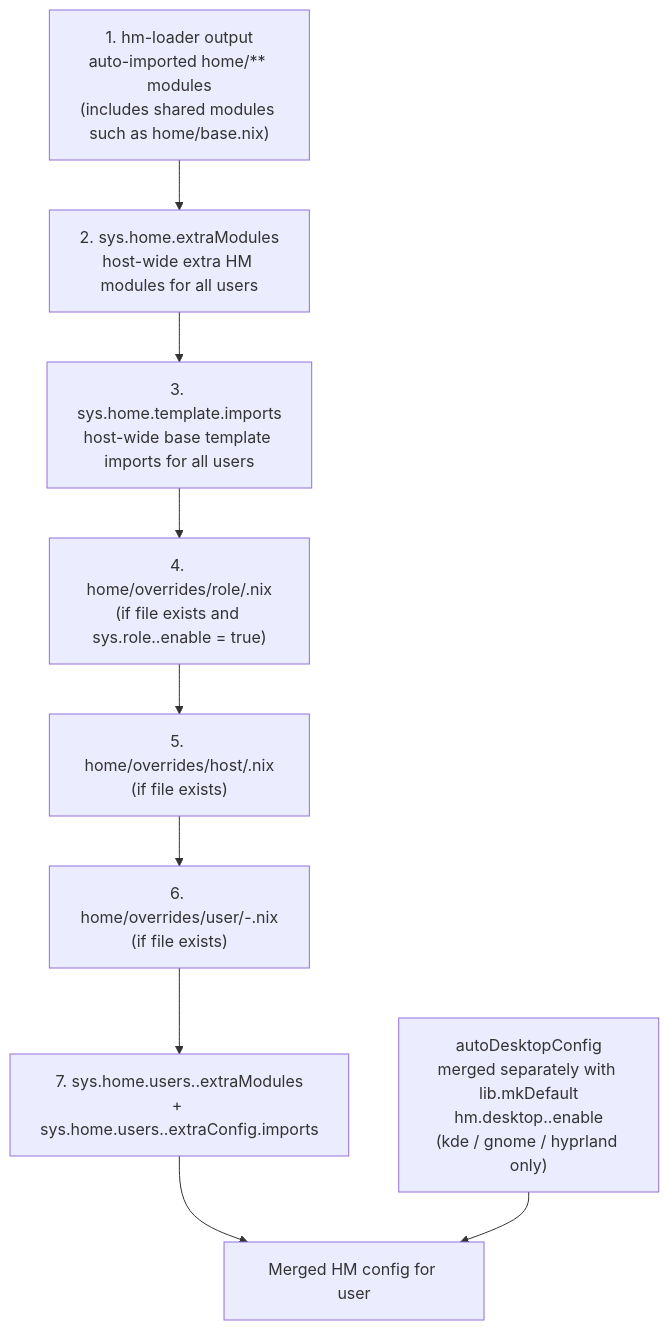
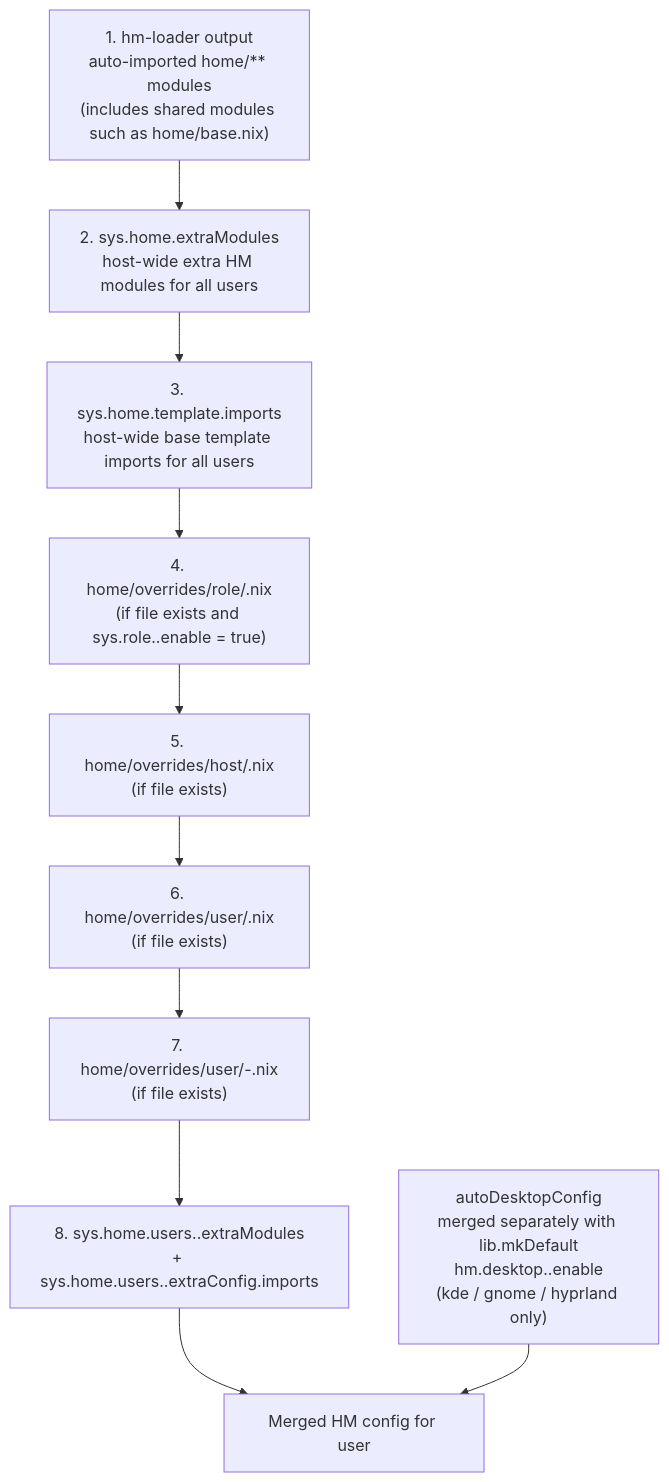
The seventh of 10 diagrams in docs/Project_Architecture_Blueprint.md (telometto/nix-config), drawn with Mermaid before and after one commit. The commit also changed other lines of this file and 10 other files, not shown here.

Commit message:
docs: update Home Manager override documentation and clarify user-wide configurations

````diff
--- a/docs/Project_Architecture_Blueprint.md
+++ b/docs/Project_Architecture_Blueprint.md
@@ -299,13 +300,14 @@
 ```mermaid
 flowchart TD
     L1["1. hm-loader output\nauto-imported home/** modules\n(includes shared modules such as home/base.nix)"]
     L2["2. sys.home.extraModules\nhost-wide extra HM modules for all users"]
     L3["3. sys.home.template.imports\nhost-wide base template imports for all users"]
     L4["4. home/overrides/role/<role>.nix\n(if file exists and sys.role.<role>.enable = true)"]
     L5["5. home/overrides/host/<hostname>.nix\n(if file exists)"]
-    L6["6. home/overrides/user/<username>-<hostname>.nix\n(if file exists)"]
-    L7["7. sys.home.users.<name>.extraModules\n+ sys.home.users.<name>.extraConfig.imports"]
+    L6["6. home/overrides/user/<username>.nix\n(if file exists)"]
+    L7["7. home/overrides/user/<username>-<hostname>.nix\n(if file exists)"]
+    L8["8. sys.home.users.<name>.extraModules\n+ sys.home.users.<name>.extraConfig.imports"]
     AD["autoDesktopConfig\nmerged separately with lib.mkDefault\nhm.desktop.<flavor>.enable\n(kde / gnome / hyprland only)"]
-    L1 --> L2 --> L3 --> L4 --> L5 --> L6 --> L7 --> OUT[Merged HM config for user]
+    L1 --> L2 --> L3 --> L4 --> L5 --> L6 --> L7 --> L8 --> OUT[Merged HM config for user]
     AD --> OUT
 ```
````
